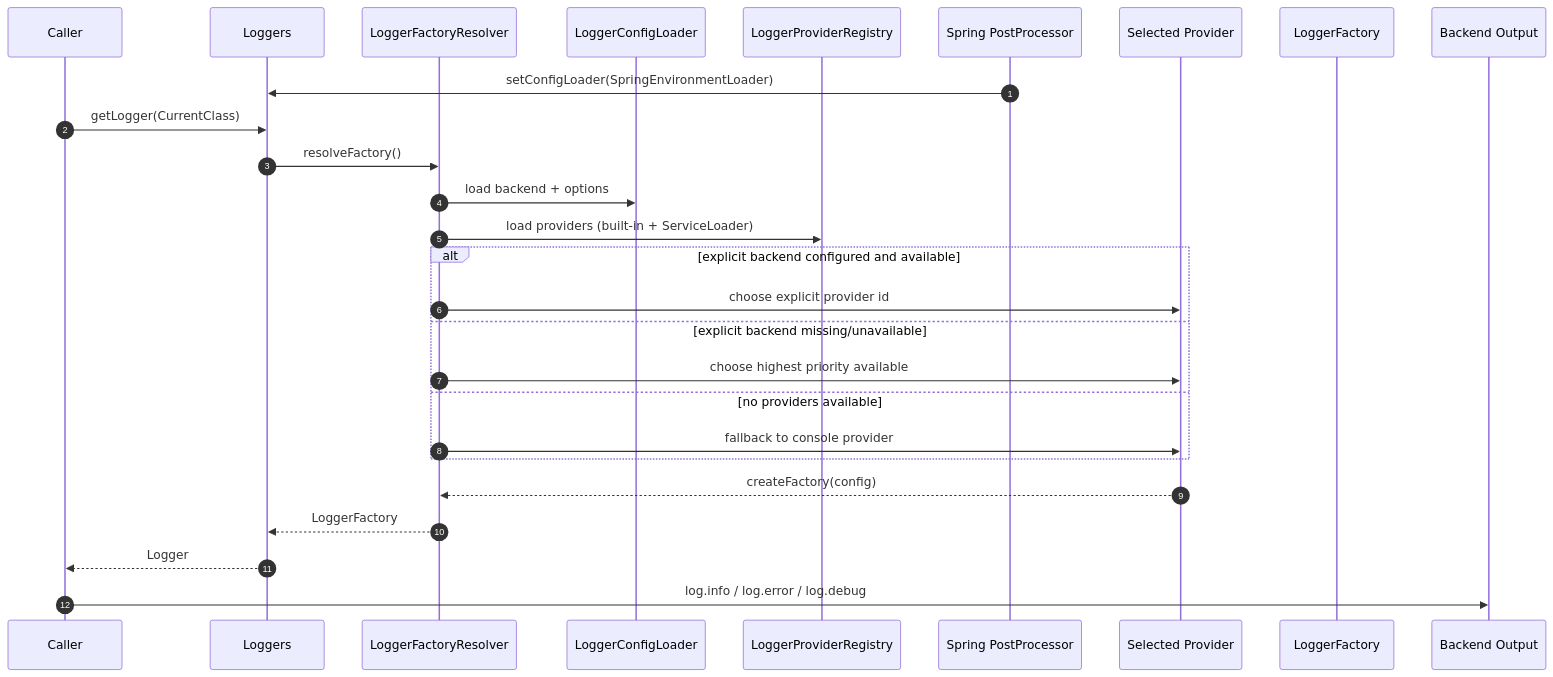
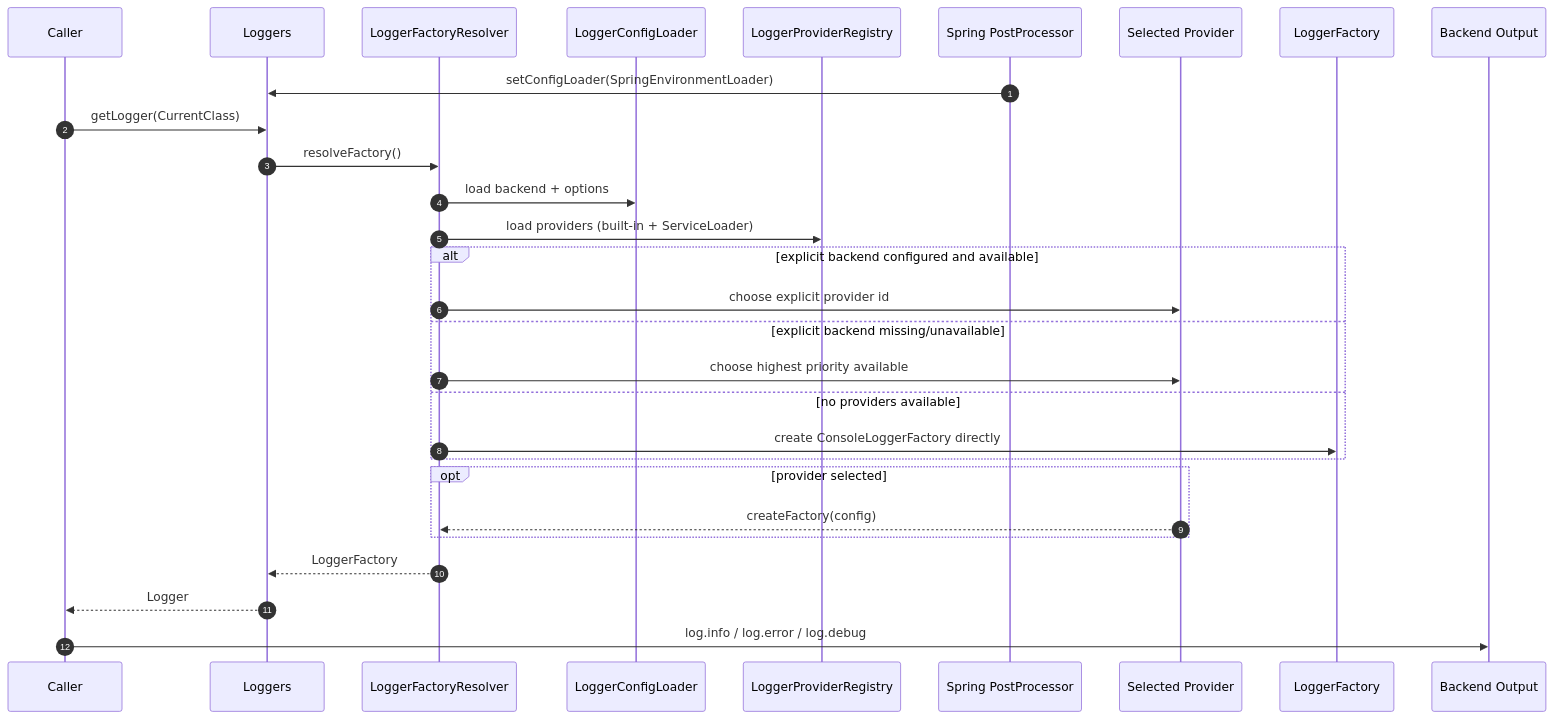
Before and after one commit to khinemyaezin/grab: the third of 3 diagrams in docs/architecture/diagrams/modular-logging-framework.md, drawn with Mermaid. The commit also changed other lines of this file and 7 other files, not shown here.

````diff
--- a/docs/architecture/diagrams/modular-logging-framework.md
+++ b/docs/architecture/diagrams/modular-logging-framework.md
@@ -33,32 +140,34 @@
 ```mermaid
 sequenceDiagram
     autonumber
     participant C as Caller
     participant L as Loggers
     participant R as LoggerFactoryResolver
     participant CFG as LoggerConfigLoader
     participant REG as LoggerProviderRegistry
     participant SP as Spring PostProcessor
     participant P as Selected Provider
     participant F as LoggerFactory
     participant OUT as Backend Output
 
     SP->>L: setConfigLoader(SpringEnvironmentLoader)
     C->>L: getLogger(CurrentClass)
     L->>R: resolveFactory()
     R->>CFG: load backend + options
     R->>REG: load providers (built-in + ServiceLoader)
 
     alt explicit backend configured and available
         R->>P: choose explicit provider id
     else explicit backend missing/unavailable
         R->>P: choose highest priority available
     else no providers available
-        R->>P: fallback to console provider
+        R->>F: create ConsoleLoggerFactory directly
     end
 
-    P-->>R: createFactory(config)
+    opt provider selected
+        P-->>R: createFactory(config)
+    end
     R-->>L: LoggerFactory
     L-->>C: Logger
     C->>OUT: log.info / log.error / log.debug
 ```
````
